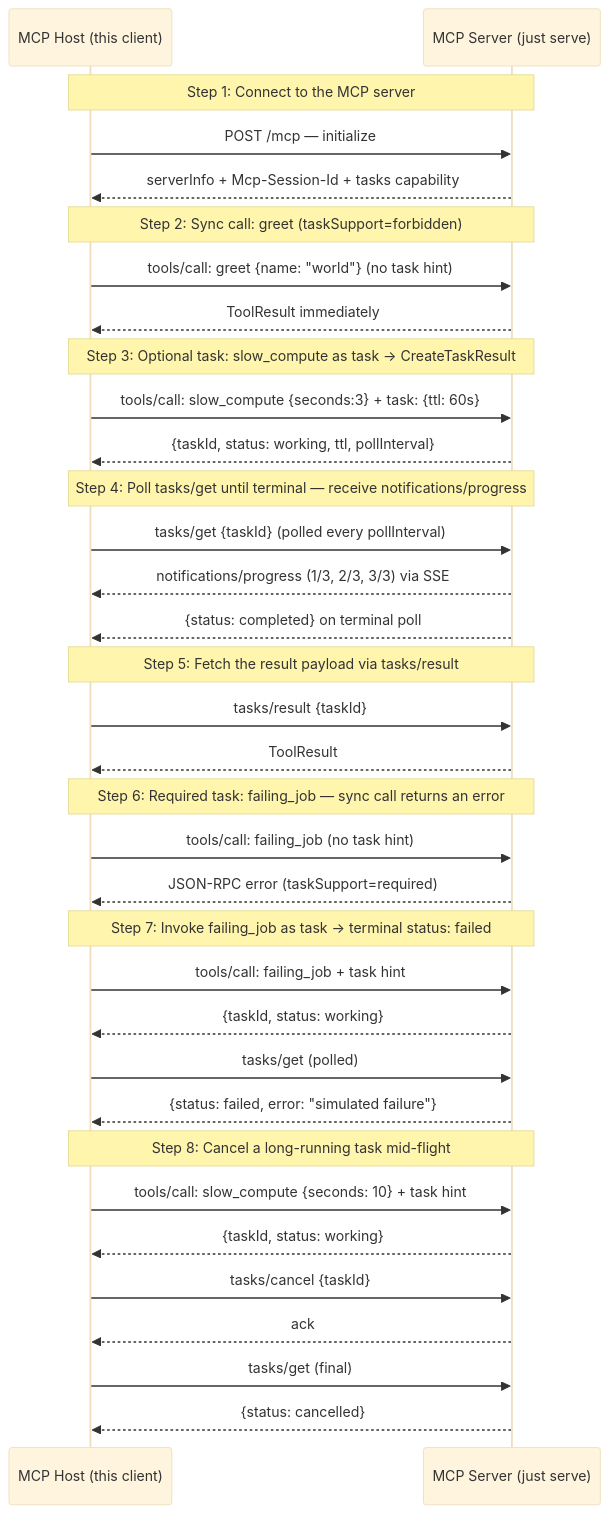
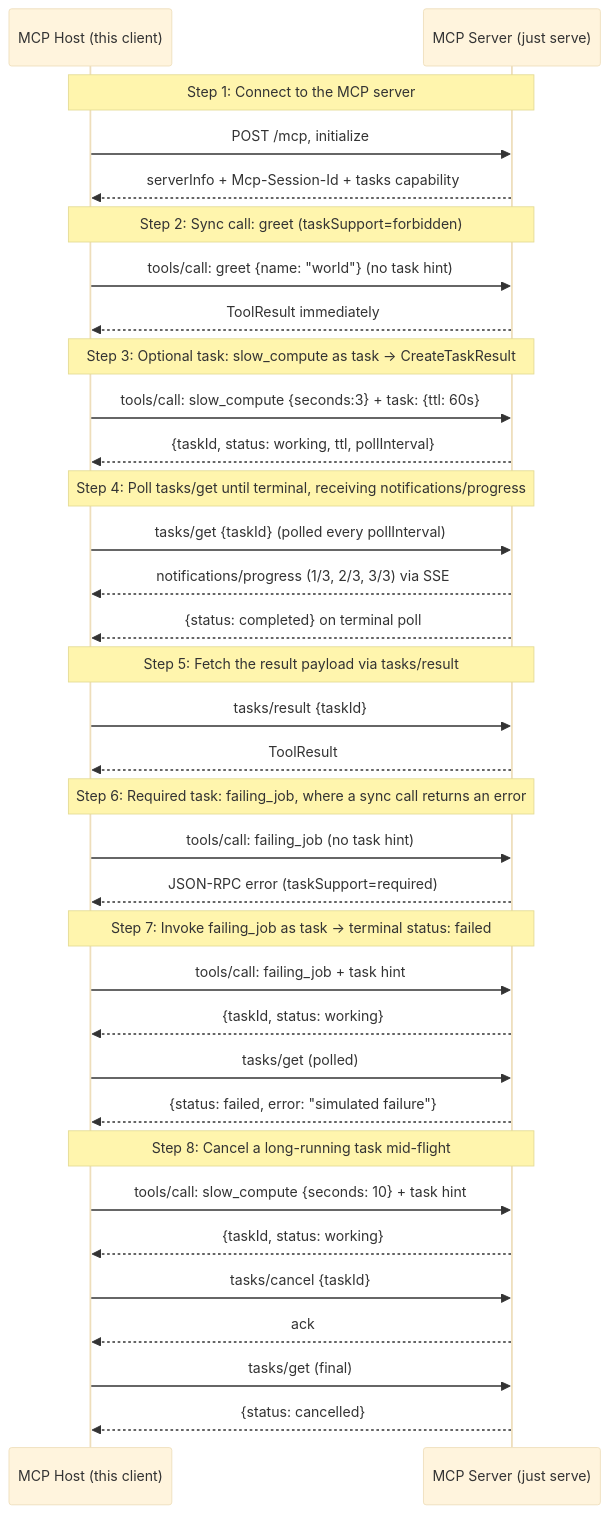
One commit to panyam/mcpkit changed the diagram in examples/tasks/WALKTHROUGH.md. Above: the diagram before and after it, drawn with Mermaid (base theme). The commit also changed other lines of this file and 54 other files, not shown here.

````diff
--- a/examples/tasks/WALKTHROUGH.md
+++ b/examples/tasks/WALKTHROUGH.md
@@ -18,44 +18,44 @@
 ```mermaid
 sequenceDiagram
     participant Host as MCP Host (this client)
     participant Server as MCP Server (just serve)
 
     Note over Host,Server: Step 1: Connect to the MCP server
-    Host->>Server: POST /mcp — initialize
+    Host->>Server: POST /mcp, initialize
     Server-->>Host: serverInfo + Mcp-Session-Id + tasks capability
 
     Note over Host,Server: Step 2: Sync call: greet (taskSupport=forbidden)
     Host->>Server: tools/call: greet {name: "world"}  (no task hint)
     Server-->>Host: ToolResult immediately
 
     Note over Host,Server: Step 3: Optional task: slow_compute as task → CreateTaskResult
     Host->>Server: tools/call: slow_compute {seconds:3} + task: {ttl: 60s}
     Server-->>Host: {taskId, status: working, ttl, pollInterval}
 
-    Note over Host,Server: Step 4: Poll tasks/get until terminal — receive notifications/progress
+    Note over Host,Server: Step 4: Poll tasks/get until terminal, receiving notifications/progress
     Host->>Server: tasks/get {taskId}  (polled every pollInterval)
     Server-->>Host: notifications/progress (1/3, 2/3, 3/3) via SSE
     Server-->>Host: {status: completed} on terminal poll
 
     Note over Host,Server: Step 5: Fetch the result payload via tasks/result
     Host->>Server: tasks/result {taskId}
     Server-->>Host: ToolResult
 
-    Note over Host,Server: Step 6: Required task: failing_job — sync call returns an error
+    Note over Host,Server: Step 6: Required task: failing_job, where a sync call returns an error
     Host->>Server: tools/call: failing_job  (no task hint)
     Server-->>Host: JSON-RPC error (taskSupport=required)
 
     Note over Host,Server: Step 7: Invoke failing_job as task → terminal status: failed
     Host->>Server: tools/call: failing_job + task hint
     Server-->>Host: {taskId, status: working}
     Host->>Server: tasks/get (polled)
     Server-->>Host: {status: failed, error: "simulated failure"}
 
     Note over Host,Server: Step 8: Cancel a long-running task mid-flight
     Host->>Server: tools/call: slow_compute {seconds: 10} + task hint
     Server-->>Host: {taskId, status: working}
     Host->>Server: tasks/cancel {taskId}
     Server-->>Host: ack
     Host->>Server: tasks/get (final)
     Server-->>Host: {status: cancelled}
 ```
````
